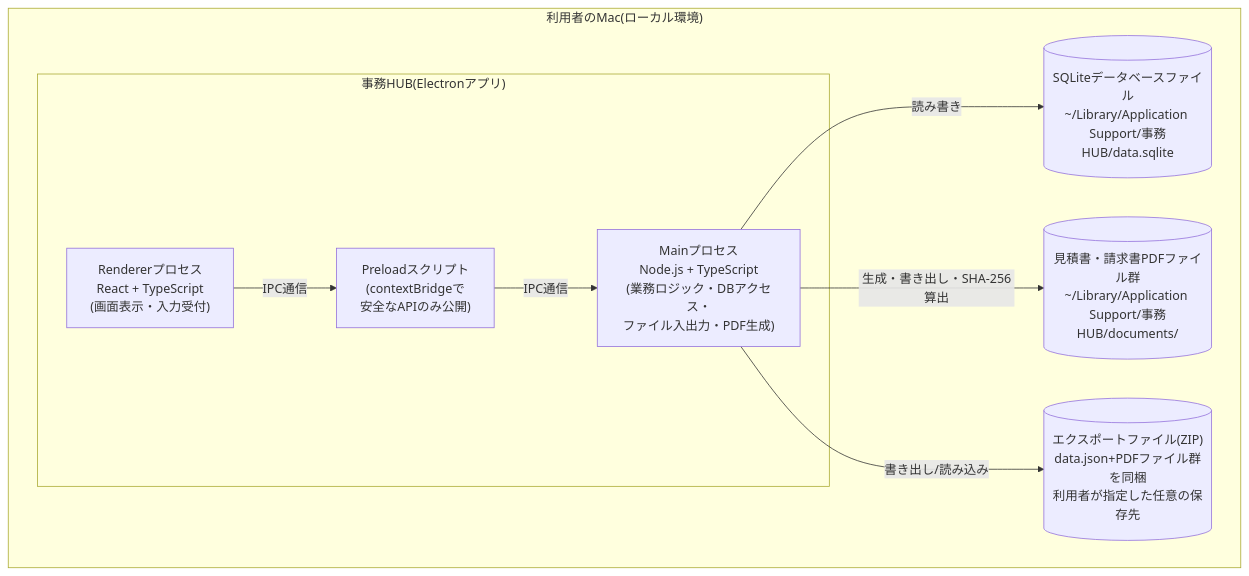
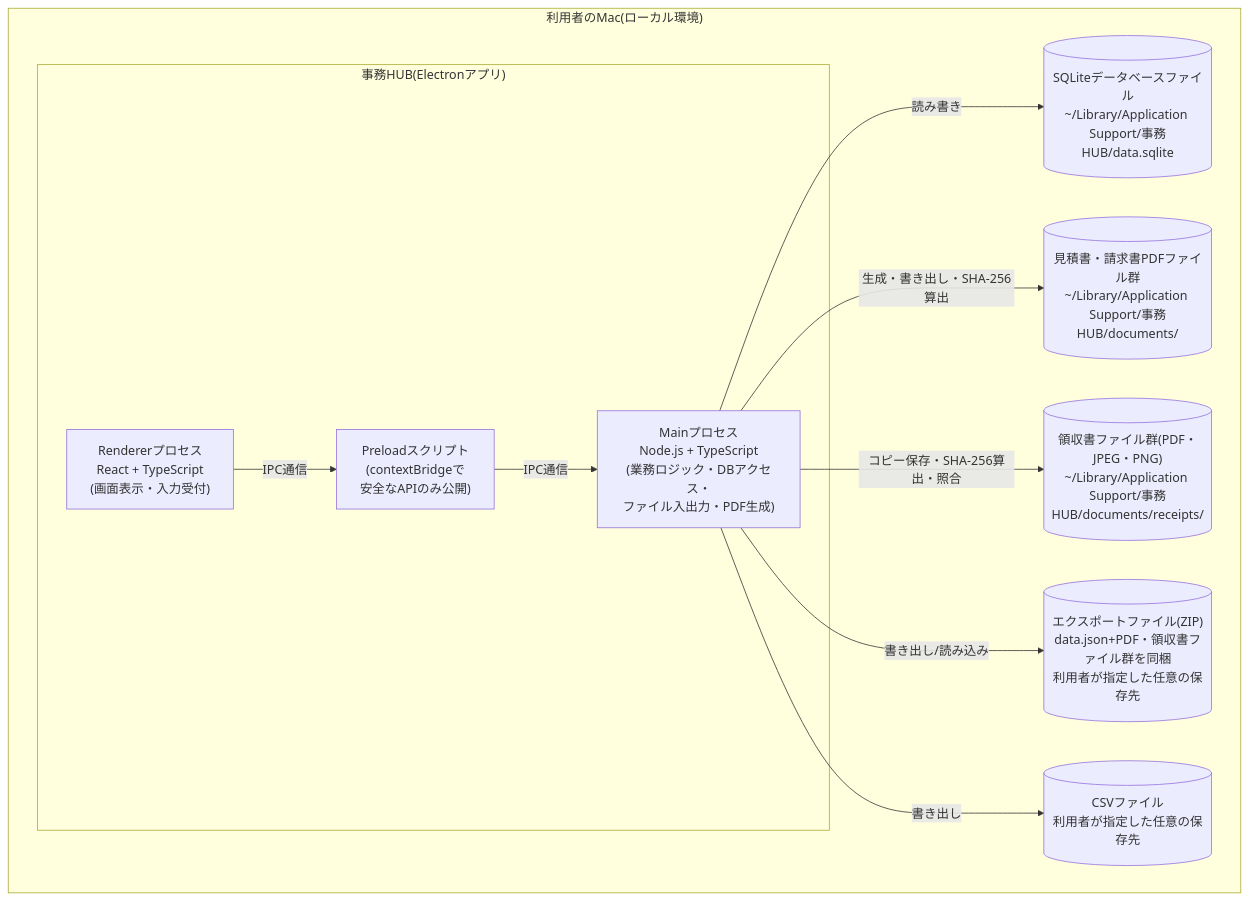
The first of 3 diagrams in docs/03_architect/基本設計書.md (eiai00000001-cell/jimu-hub), drawn with Mermaid before and after one commit. The commit also changed other lines of this file and 1 other file, not shown here.

````diff
--- a/docs/03_architect/基本設計書.md
+++ b/docs/03_architect/基本設計書.md
@@ -50,18 +68,22 @@
 ```mermaid
 graph TB
   subgraph Mac["利用者のMac(ローカル環境)"]
     subgraph App["事務HUB(Electronアプリ)"]
       Renderer["Rendererプロセス<br/>React + TypeScript<br/>(画面表示・入力受付)"]
       Preload["Preloadスクリプト<br/>(contextBridgeで<br/>安全なAPIのみ公開)"]
       Main["Mainプロセス<br/>Node.js + TypeScript<br/>(業務ロジック・DBアクセス・<br/>ファイル入出力・PDF生成)"]
       Renderer -- "IPC通信" --> Preload
       Preload -- "IPC通信" --> Main
     end
     DB[("SQLiteデータベースファイル<br/>~/Library/Application Support/事務HUB/data.sqlite")]
     PdfFiles[("見積書・請求書PDFファイル群<br/>~/Library/Application Support/事務HUB/documents/")]
-    ExportFile[("エクスポートファイル(ZIP)<br/>data.json+PDFファイル群を同梱<br/>利用者が指定した任意の保存先")]
+    ReceiptFiles[("領収書ファイル群(PDF・JPEG・PNG)<br/>~/Library/Application Support/事務HUB/documents/receipts/")]
+    ExportFile[("エクスポートファイル(ZIP)<br/>data.json+PDF・領収書ファイル群を同梱<br/>利用者が指定した任意の保存先")]
+    CsvFile[("CSVファイル<br/>利用者が指定した任意の保存先")]
     Main -- "読み書き" --> DB
     Main -- "生成・書き出し・SHA-256算出" --> PdfFiles
+    Main -- "コピー保存・SHA-256算出・照合" --> ReceiptFiles
     Main -- "書き出し/読み込み" --> ExportFile
+    Main -- "書き出し" --> CsvFile
   end
 ```
````
